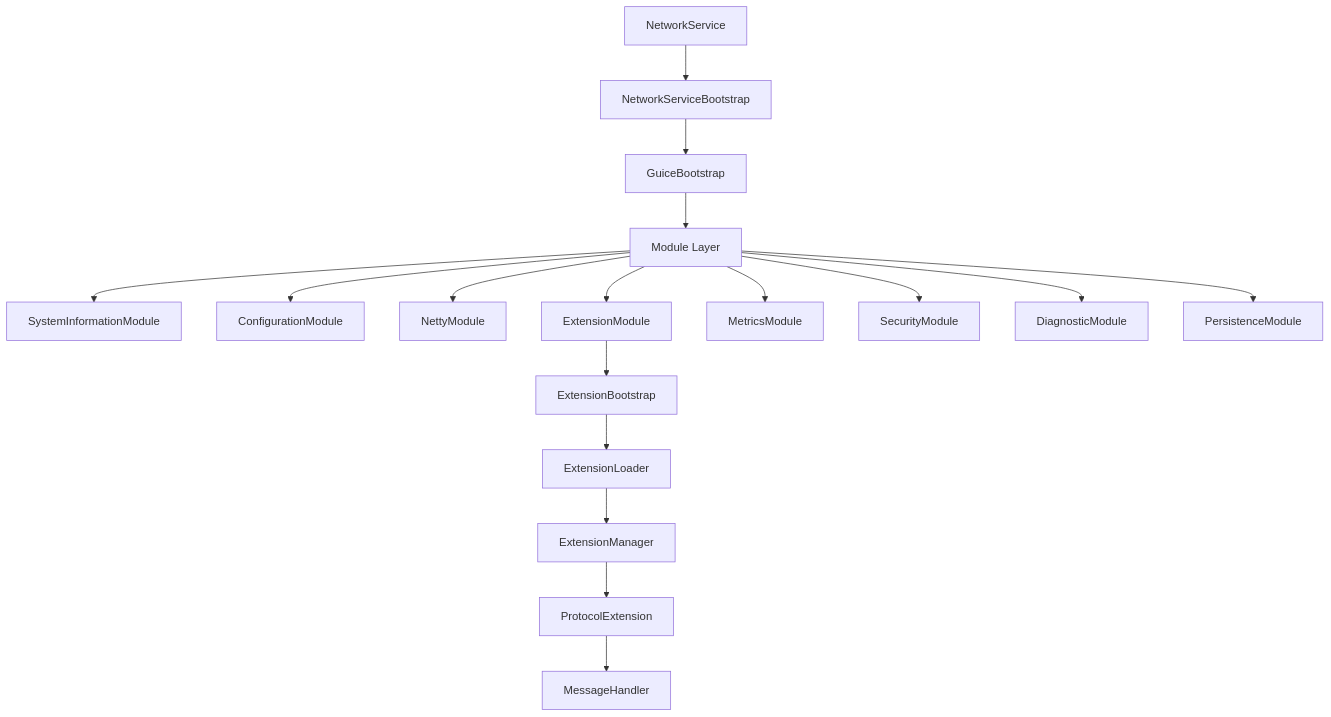
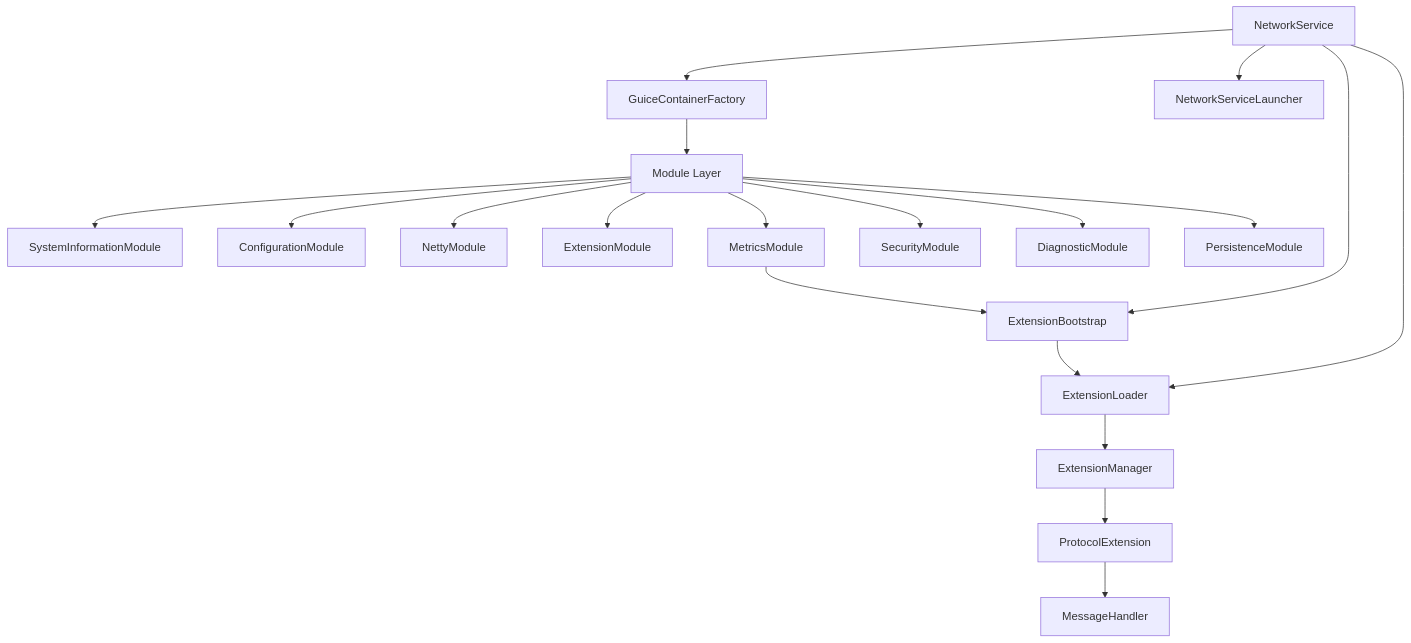
The first of 2 diagrams in README.md (base64coder/network-service-template), drawn with Mermaid before and after one commit. The commit also changed other lines of this file and 3 other files, not shown here.

````diff
--- a/README.md
+++ b/README.md
@@ -37,21 +37,24 @@
 ```mermaid
 graph TD
-    A[NetworkService] --> B[NetworkServiceBootstrap]
-    B --> C[GuiceBootstrap]
-    C --> D[Module Layer]
+    A[NetworkService] --> B[GuiceContainerFactory]
+    B --> C[Module Layer]
     
-    D --> E[SystemInformationModule]
-    D --> F[ConfigurationModule]
-    D --> G[NettyModule]
-    D --> H[ExtensionModule]
-    D --> I[MetricsModule]
-    D --> J[SecurityModule]
-    D --> K[DiagnosticModule]
-    D --> L[PersistenceModule]
+    C --> D[SystemInformationModule]
+    C --> E[ConfigurationModule]
+    C --> F[NettyModule]
+    C --> G[ExtensionModule]
+    C --> H[MetricsModule]
+    C --> I[SecurityModule]
+    C --> J[DiagnosticModule]
+    C --> K[PersistenceModule]
+    
+    A --> L[NetworkServiceLauncher]
+    A --> M[ExtensionBootstrap]
+    A --> N[ExtensionManager]
     
     H --> M[ExtensionBootstrap]
     M --> N[ExtensionLoader]
     N --> O[ExtensionManager]
     O --> P[ProtocolExtension]
     P --> Q[MessageHandler]
 ```
````
